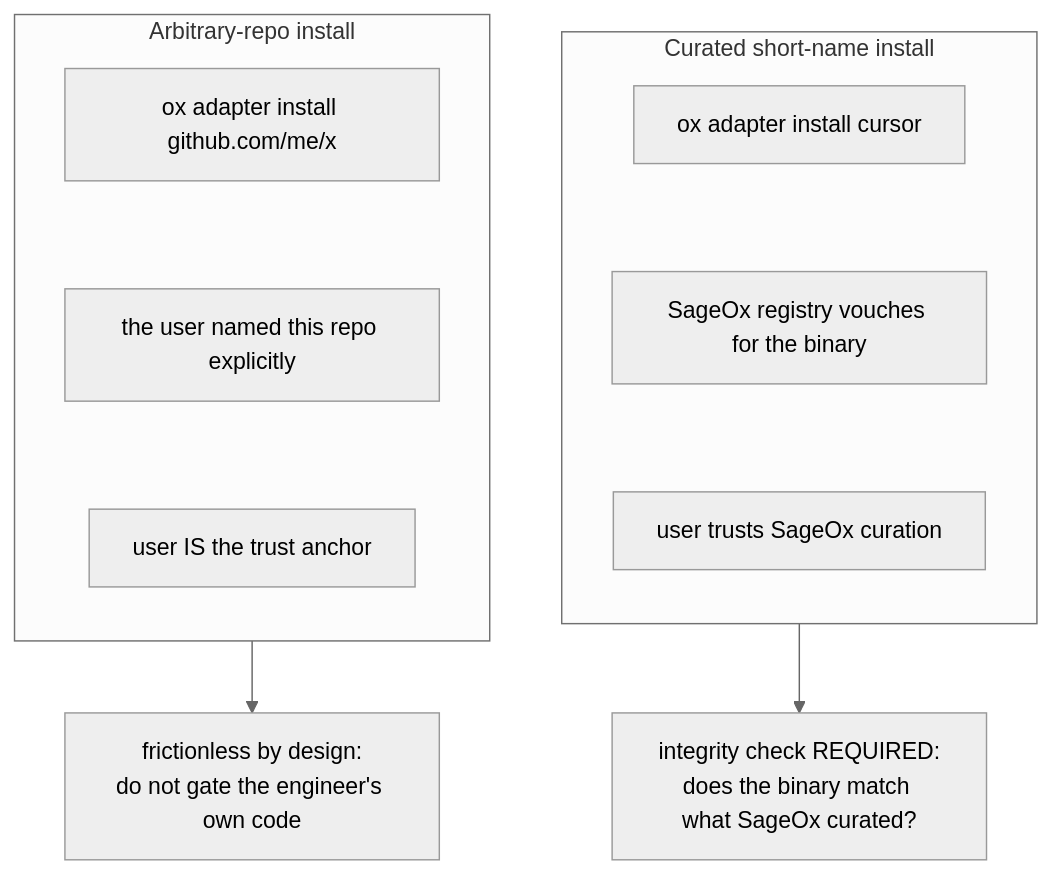
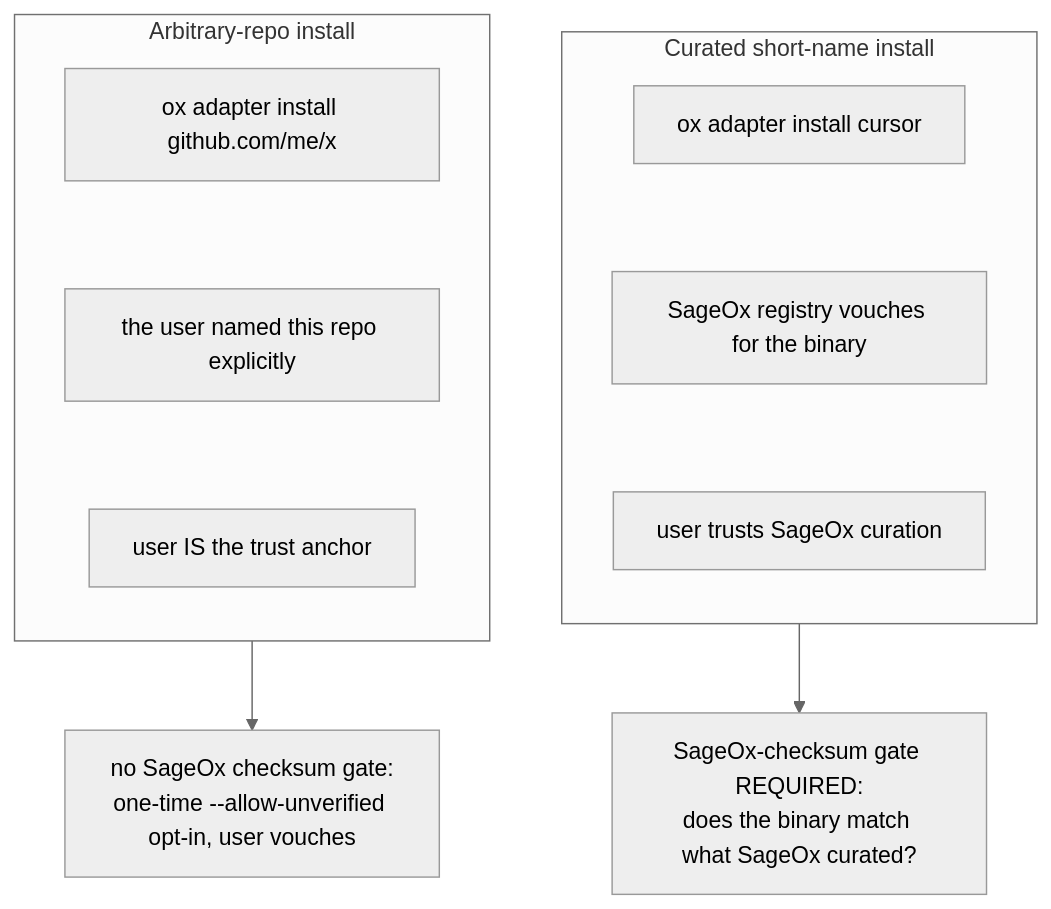
Before and after one commit to sageox/ox: the diagram in docs/adr/ADR-022-adapter-security-posture.md, drawn with Mermaid (neutral theme). The commit also changed other lines of this file and 3 other files, not shown here.

````diff
--- a/docs/adr/ADR-022-adapter-security-posture.md
+++ b/docs/adr/ADR-022-adapter-security-posture.md
@@ -40,19 +40,19 @@
 ```mermaid
 flowchart TB
   subgraph CURATED["Curated short-name install"]
     direction TB
     A1["ox adapter install cursor"]
     A2["SageOx registry vouches for the binary"]
     A3["user trusts SageOx curation"]
     A1 ~~~ A2 ~~~ A3
   end
   subgraph ARBITRARY["Arbitrary-repo install"]
     direction TB
     B1["ox adapter install github.com/me/x"]
     B2["the user named this repo explicitly"]
     B3["user IS the trust anchor"]
     B1 ~~~ B2 ~~~ B3
   end
-  A3 --> NEED["integrity check REQUIRED:<br/>does the binary match what SageOx curated?"]
-  B3 --> OPEN["frictionless by design:<br/>do not gate the engineer's own code"]
+  A3 --> NEED["SageOx-checksum gate REQUIRED:<br/>does the binary match what SageOx curated?"]
+  B3 --> OPEN["no SageOx checksum gate:<br/>one-time --allow-unverified opt-in, user vouches"]
 ```
````
